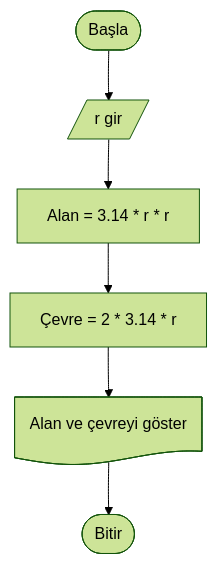
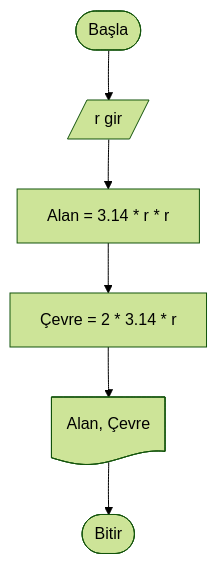
One commit to ibrahimayaz/Algoritma-ve-Programlamaya-Giris changed the fifth of 10 diagrams in Hafta_04_Akis_Diyagramlari_1.md. Above: the diagram before and after it, drawn with Mermaid (forest theme).

Commit message:
Hafta04 guncellendi

````diff
--- a/Hafta_04_Akis_Diyagramlari_1.md
+++ b/Hafta_04_Akis_Diyagramlari_1.md
@@ -144,8 +144,8 @@
 ```mermaid
 graph TD
     A([Başla]) --> B[/r gir/]
     B --> C[Alan = 3.14 * r * r]
     C --> D[Çevre = 2 * 3.14 * r]
-    D --> E@{ shape: doc, label: "Alan ve çevreyi göster" }
+    D --> E@{ shape: doc, label: "Alan, Çevre" }
     E --> F([Bitir])
 ```
````
